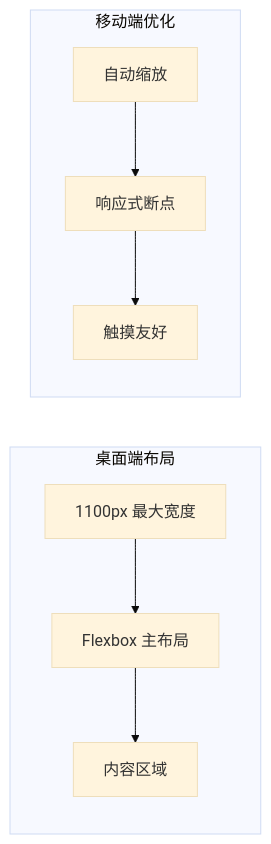
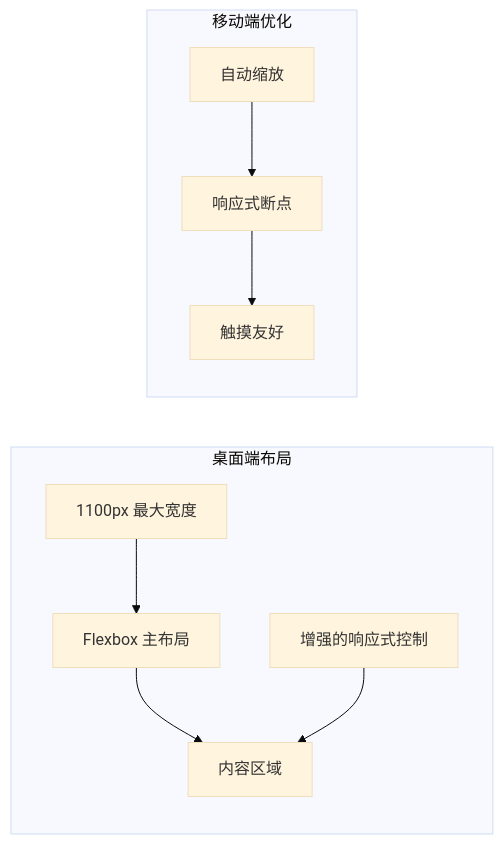
Before and after one commit to xuanyulingnfeg/gameCalendar: the sixth of 7 diagrams in .qoder/repowiki/zh/content/核心组件/ActivityBar 活动条目组件.md, drawn with Mermaid (base theme). The commit also changed other lines of this file and 7 other files, not shown here.

````diff
--- a/.qoder/repowiki/zh/content/核心组件/ActivityBar 活动条目组件.md
+++ b/.qoder/repowiki/zh/content/核心组件/ActivityBar 活动条目组件.md
@@ -269,17 +289,19 @@
 ```mermaid
 graph LR
 subgraph "桌面端布局"
 Desktop[1100px 最大宽度]
 Flex[Flexbox 主布局]
 Content[内容区域]
+Enhanced[增强的响应式控制]
 end
 subgraph "移动端优化"
 Mobile[自动缩放]
 Responsive[响应式断点]
 Touch[触摸友好]
 end
 Desktop --> Flex
 Flex --> Content
+Enhanced --> Content
 Mobile --> Responsive
 Responsive --> Touch
 ```
````
